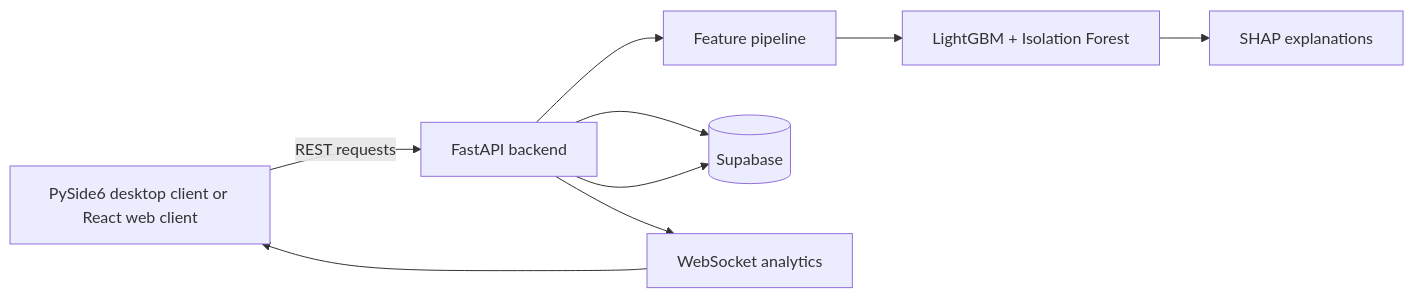
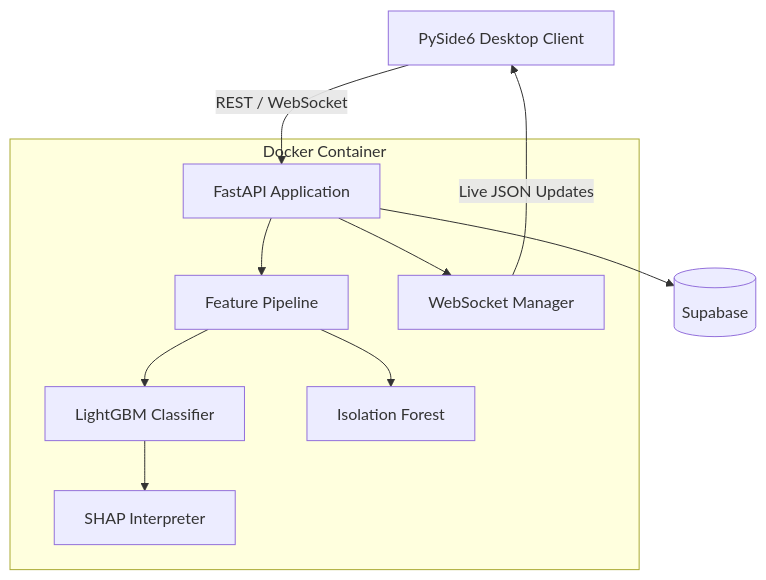
Before and after one commit to Ayush-0915/FinGuard-AI: the second of 2 diagrams in README.md, drawn with Mermaid. The commit also changed other lines of this file, not shown here.

````diff
--- a/README.md
+++ b/README.md
@@ -39,19 +446,24 @@
 ```mermaid
-flowchart LR
-    Client["PySide6 desktop client or React web client"]
-    API["FastAPI backend"]
-    Features["Feature pipeline"]
-    Models["LightGBM + Isolation Forest"]
-    Explain["SHAP explanations"]
-    DB[("Supabase")]
-    Stream["WebSocket analytics"]
+flowchart TD
+    Client[PySide6 Desktop Client]
 
-    Client -->|REST requests| API
+    subgraph Docker["Docker Container"]
+        API[FastAPI Application]
+        Pipe[Feature Pipeline]
+        LGB[LightGBM Classifier]
+        IF[Isolation Forest]
+        SHAP[SHAP Interpreter]
+        WS[WebSocket Manager]
+    end
+
+    DB[(Supabase)]
+
+    Client -->|REST / WebSocket| API
+    API --> Pipe
+    Pipe --> LGB
+    Pipe --> IF
+    LGB --> SHAP
     API --> DB
-    API --> Features
-    Features --> Models
-    Models --> Explain
-    API --> DB
-    API --> Stream
-    Stream --> Client
+    API --> WS
+    WS -->|Live JSON Updates| Client
 ```
````
